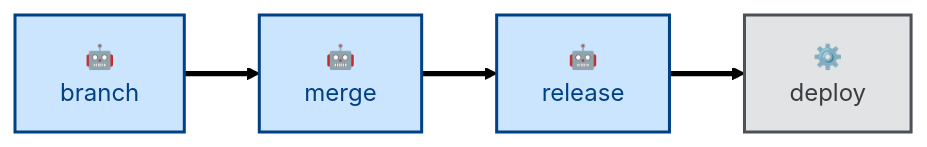
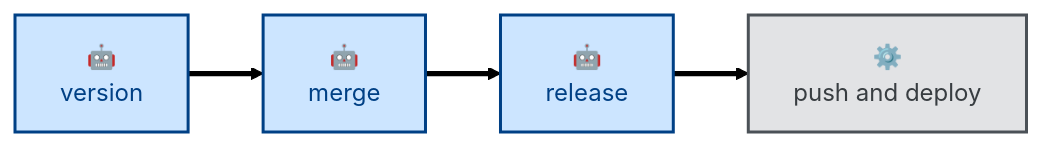
Before and after one commit to kieranpotts/skills: the diagram in skills/release/README.md, drawn with Mermaid (forest theme). The commit also changed other lines of this file and 75 other files, not shown here.

````diff
--- a/skills/release/README.md
+++ b/skills/release/README.md
@@ -43,18 +64,18 @@
 ```mermaid
 flowchart LR
   %% Node labels and classes.
-  branch["🤖<br/>branch"]:::agentic
+  version["🤖<br/>version"]:::agentic
   merge["🤖<br/>merge"]:::agentic
   release["🤖<br/>release"]:::agentic
-  deploy["⚙️<br/>deploy"]:::scripted
+  deploy["⚙️<br/>push and deploy"]:::scripted
 
   %% Main workflow sequence.
-  branch ==> merge
+  version ==> merge
   merge ==> release
   release ==> deploy
 
   %% Class definitions.
   classDef agentic fill:#cce5ff,stroke:#004085,color:#004085,stroke-width:2px
   classDef scripted fill:#e2e3e5,stroke:#4b5157,color:#383d41,stroke-width:2px
   classDef anthropic fill:#fff3cd,stroke:#856404,color:#856404,stroke-width:1px,stroke-dasharray:2 3
 ```
````
